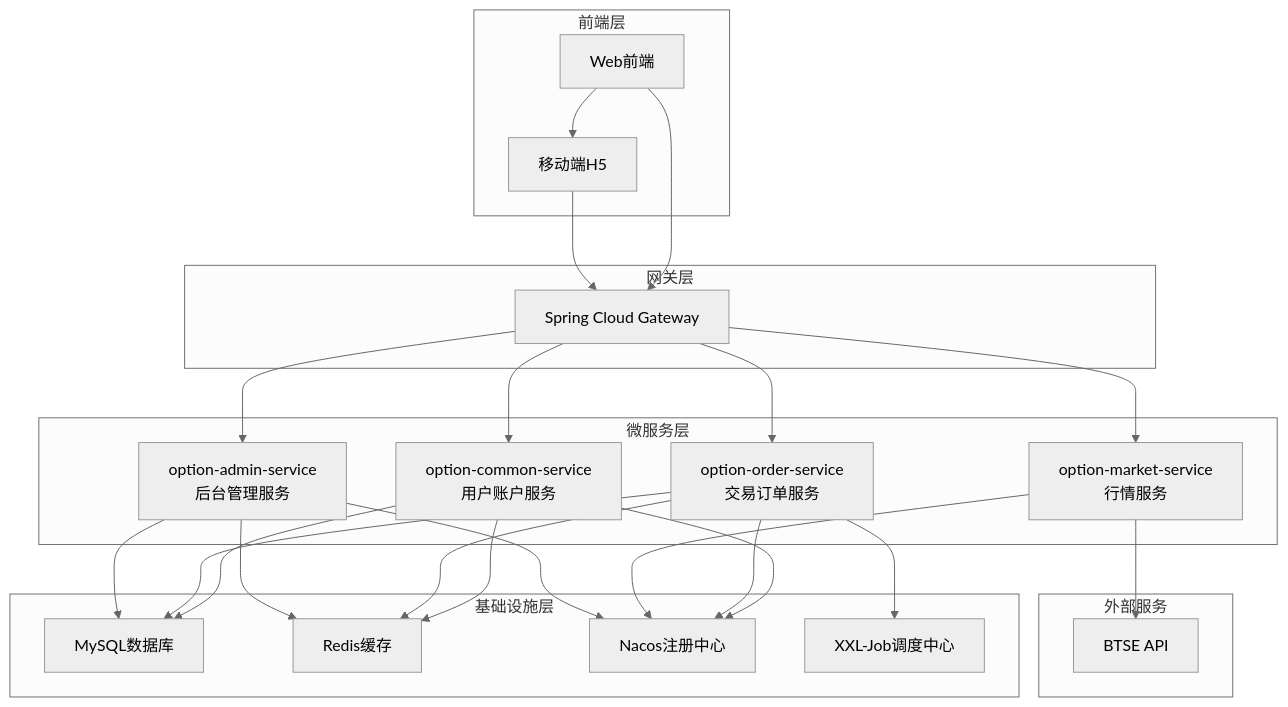
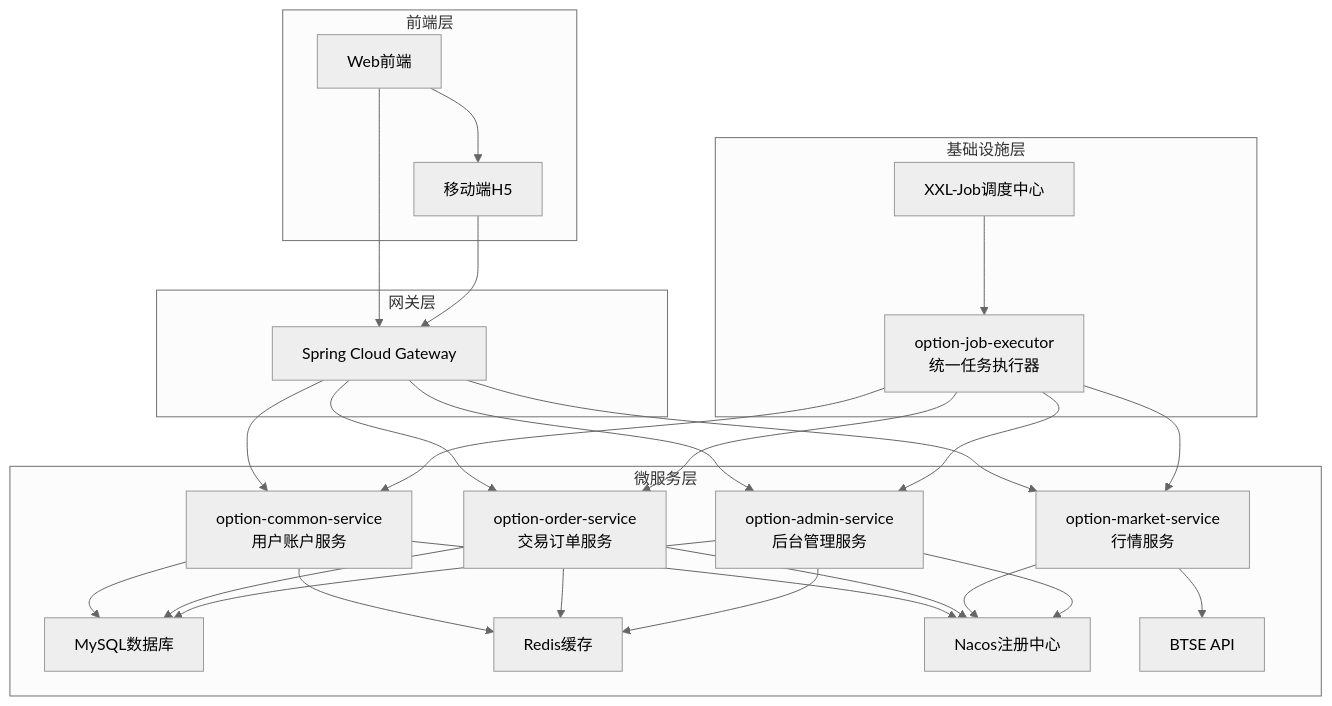
Before and after one commit to barry428/BinaryOptionDocs: the first of 7 diagrams in 2. 设计类/207_详细设计文档.md, drawn with Mermaid (neutral theme). The commit also changed other lines of this file and 1 other file, not shown here.

````diff
--- a/2. 设计类/207_详细设计文档.md
+++ b/2. 设计类/207_详细设计文档.md
@@ -67,47 +83,49 @@
 ```mermaid
 graph TB
     subgraph "前端层"
         A[Web前端] --> B[移动端H5]
     end
     
     subgraph "网关层"
         C[Spring Cloud Gateway]
     end
     
     subgraph "微服务层"
         D[option-common-service<br/>用户账户服务]
         E[option-order-service<br/>交易订单服务]
         F[option-market-service<br/>行情服务]
         G1[option-admin-service<br/>后台管理服务]
+        G2[MySQL数据库]
+        H[Redis缓存]
+        J[Nacos注册中心]
+        L[BTSE API]
     end
     
     subgraph "基础设施层"
-        G2[MySQL数据库]
-        H[Redis缓存]
-        J[Nacos注册中心]
         K[XXL-Job调度中心]
-    end
-    
-    subgraph "外部服务"
-        L[BTSE API]
+        G3[option-job-executor<br/>统一任务执行器]
     end
     
     A --> C
     B --> C
     C --> D
     C --> E
     C --> F
     C --> G1
+    G3 --> D
+    G3 --> E
+    G3 --> F
+    G3 --> G1
+    K --> G3
     D --> G2
     E --> G2
     G1 --> G2
     D --> H
     E --> H
     G1 --> H
     D --> J
     E --> J
     F --> J
     G1 --> J
-    E --> K
     F --> L
 ```
````
